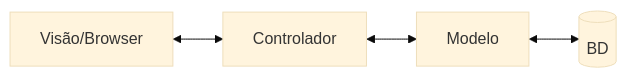
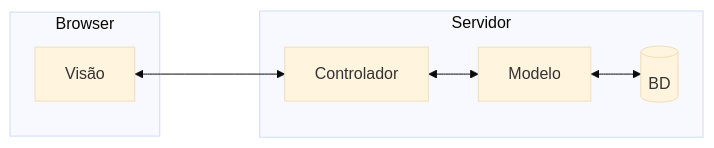
Before and after one commit to mtov/esmforum: the diagram in docs/arquitetura.md, drawn with Mermaid (base theme).

````diff
--- a/docs/arquitetura.md
+++ b/docs/arquitetura.md
@@ -8,5 +8,11 @@
 ```mermaid
 flowchart LR
     BD[(BD)]
-    Visão/Browser <--> Controlador <--> Modelo  <--> BD 
+    subgraph Browser
+    Visão
+    end
+    subgraph Servidor
+       Controlador <--> Modelo  <--> BD
+    end
+    Visão <---> Controlador 
 ```
````
